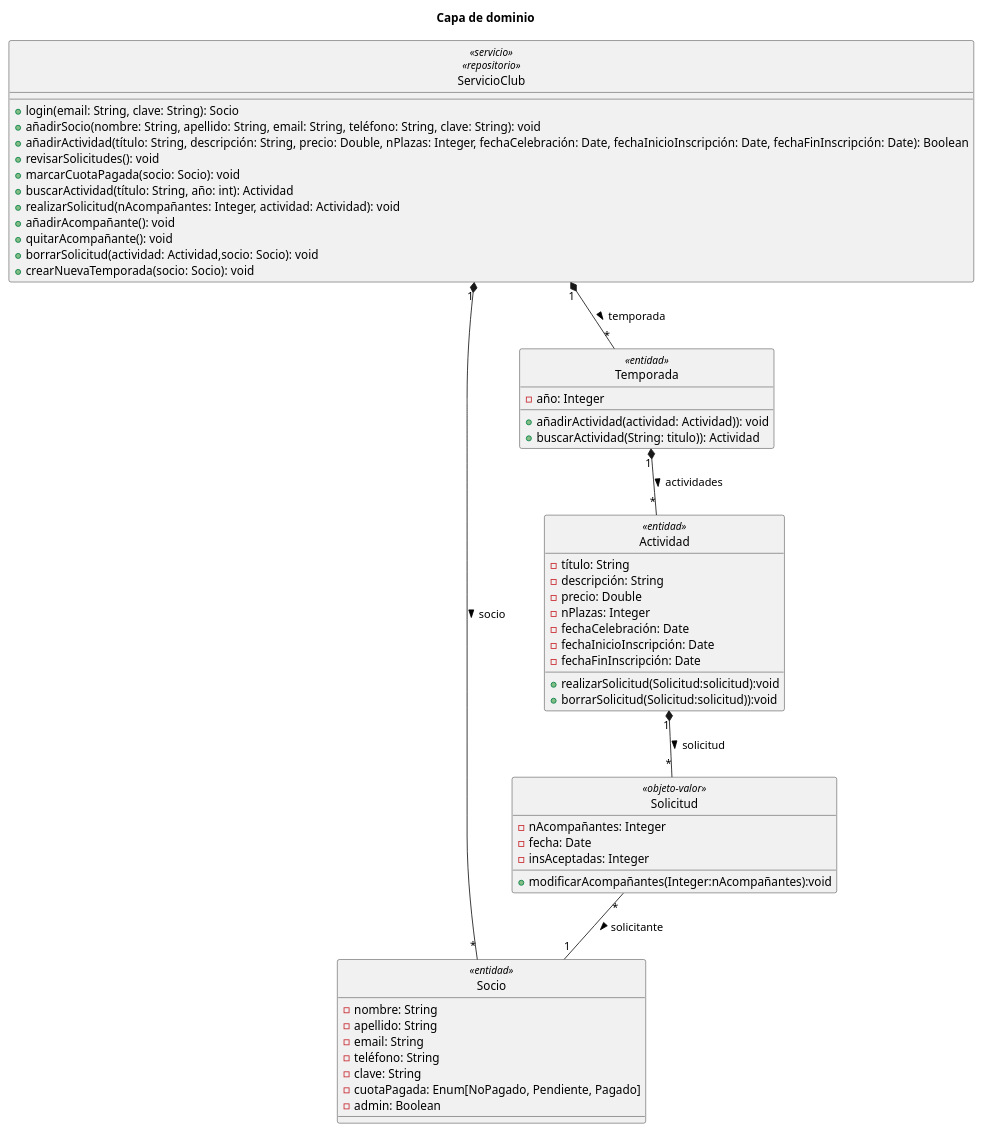
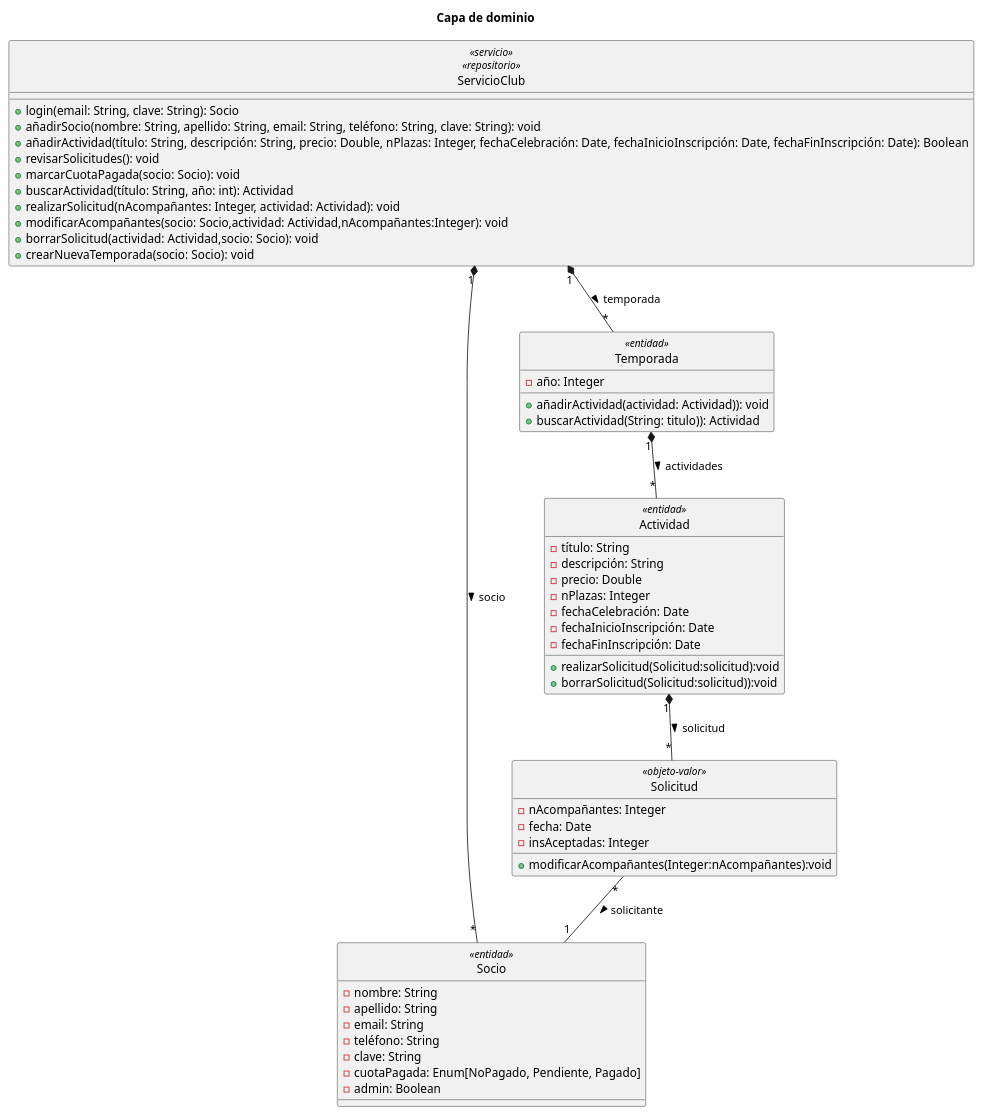
The diagram in diagramaDominio.puml (fjja0004/DAE-2024-fjja0004-scr00043-jfb00009), drawn with PlantUML before and after one commit. The commit also changed 1 other file, not shown here.

Commit message:
fusion añadir-quitar acompañantes por modificarAcompanantes

```diff
--- a/diagramaDominio.puml
+++ b/diagramaDominio.puml
@@ -1,62 +1,61 @@
 @startuml
 title "Capa de dominio"
 hide circle
 'skinparam classAttributeIconSize 0
 
 class ServicioClub <<servicio>> <<repositorio>> {
     + login(email: String, clave: String): Socio
     + añadirSocio(nombre: String, apellido: String, email: String, teléfono: String, clave: String): void
     + añadirActividad(título: String, descripción: String, precio: Double, nPlazas: Integer, fechaCelebración: Date, fechaInicioInscripción: Date, fechaFinInscripción: Date): Boolean
     + revisarSolicitudes(): void
     + marcarCuotaPagada(socio: Socio): void
     + buscarActividad(título: String, año: int): Actividad
     + realizarSolicitud(nAcompañantes: Integer, actividad: Actividad): void
-    + añadirAcompañante(): void
-    + quitarAcompañante(): void
+    + modificarAcompañantes(socio: Socio,actividad: Actividad,nAcompañantes:Integer): void
     + borrarSolicitud(actividad: Actividad,socio: Socio): void
     + crearNuevaTemporada(socio: Socio): void
 }
 
 class Socio <<entidad>> {
 - nombre: String
 - apellido: String
 - email: String
 - teléfono: String
 - clave: String
 - cuotaPagada: Enum[NoPagado, Pendiente, Pagado]
 - admin: Boolean
 }
 
 class Actividad <<entidad>> {
 - título: String
 - descripción: String
 - precio: Double
 - nPlazas: Integer
 - fechaCelebración: Date
 - fechaInicioInscripción: Date
 - fechaFinInscripción: Date
 + realizarSolicitud(Solicitud:solicitud):void
 + borrarSolicitud(Solicitud:solicitud)):void
 }
 
 class Solicitud <<objeto-valor>> {
 - nAcompañantes: Integer
 - fecha: Date
 - insAceptadas: Integer
 + modificarAcompañantes(Integer:nAcompañantes):void
 }
 
 class Temporada <<entidad>> {
 - año: Integer
     + añadirActividad(actividad: Actividad)): void
     + buscarActividad(String: titulo)): Actividad
 
 }
 
 Solicitud "*" -- "1" Socio : > solicitante
 Actividad "1" *-- "*" Solicitud : > solicitud
 Temporada "1" *-- "*" Actividad : > actividades
 ServicioClub "1" *-- "*" Socio : > socio
 ServicioClub "1" *-- "*" Temporada : > temporada
 
 @enduml
```
